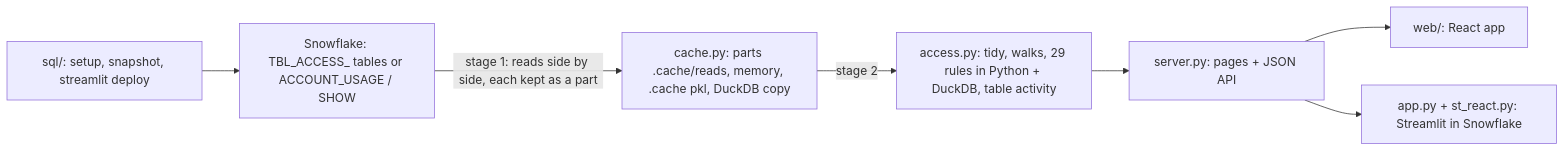
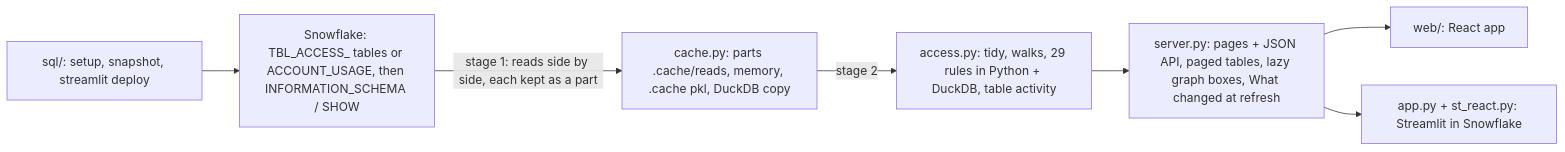
Before and after one commit to darshanmeel/snowflake-access-explorer: the diagram in snowflake-access-explorer-knowledge-graph/index.md, drawn with Mermaid. The commit also changed other lines of this file and 86 other files, not shown here.

First line of the commit message:
Knowledge graph up to a71221c: paged pages, lazy graph boxes, read order, What changed at refresh, load steps

````diff
--- a/snowflake-access-explorer-knowledge-graph/index.md
+++ b/snowflake-access-explorer-knowledge-graph/index.md
@@ -8,9 +8,9 @@
 ```mermaid
 flowchart LR
-  SF[Snowflake: TBL_ACCESS_ tables or ACCOUNT_USAGE / SHOW] -->|stage 1: reads side by side, each kept as a part| CACHE
+  SF[Snowflake: TBL_ACCESS_ tables or ACCOUNT_USAGE, then INFORMATION_SCHEMA / SHOW] -->|stage 1: reads side by side, each kept as a part| CACHE
   CACHE[cache.py: parts .cache/reads, memory, .cache pkl, DuckDB copy] -->|stage 2| ACC[access.py: tidy, walks, 29 rules in Python + DuckDB, table activity]
-  ACC --> SRV[server.py: pages + JSON API]
+  ACC --> SRV[server.py: pages + JSON API, paged tables, lazy graph boxes, What changed at refresh]
   SRV --> WEB[web/: React app]
   SRV --> ST[app.py + st_react.py: Streamlit in Snowflake]
   SQL[sql/: setup, snapshot, streamlit deploy] --> SF
 ```
````
